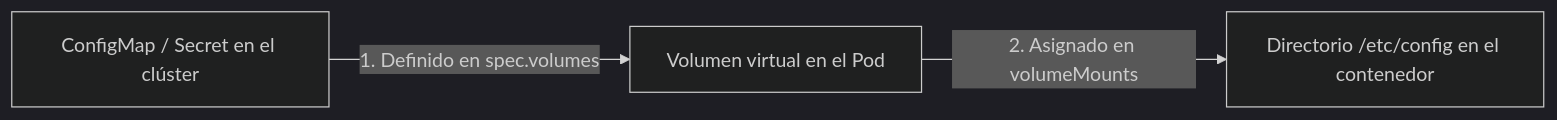
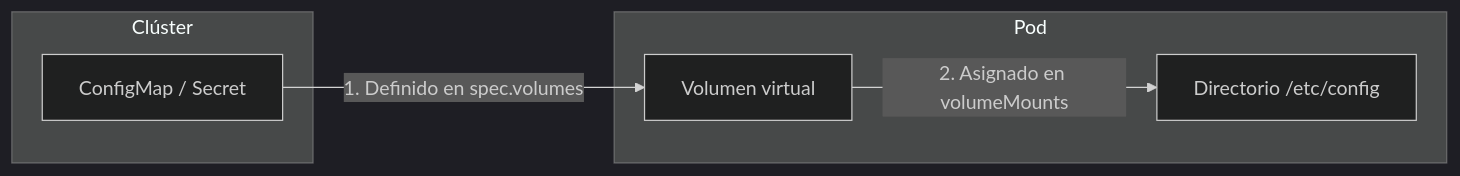
One commit to ieftraining/curso-openshift changed the fourth of 4 diagrams in docs/sesion2/2.4 Configuracion fuera de la imagen.md. Above: the diagram before and after it, drawn with Mermaid (dark theme). The commit also changed other lines of this file, not shown here.

````diff
--- a/docs/sesion2/2.4 Configuracion fuera de la imagen.md
+++ b/docs/sesion2/2.4 Configuracion fuera de la imagen.md
@@ -286,5 +281,14 @@
 ```mermaid
 flowchart LR
-    CM[ConfigMap / Secret en el clúster] -->|1. Definido en spec.volumes| V[Volumen virtual en el Pod]
-    V -->|2. Asignado en volumeMounts| FS[Directorio /etc/config en el contenedor]
+    subgraph Clúster
+        CM[ConfigMap / Secret]
+    end
+
+    subgraph Pod
+        V[Volumen virtual]
+        FS[Directorio /etc/config]
+    end
+
+    CM -->|1. Definido en spec.volumes| V
+    V -->|2. Asignado en volumeMounts| FS
 ```
````
